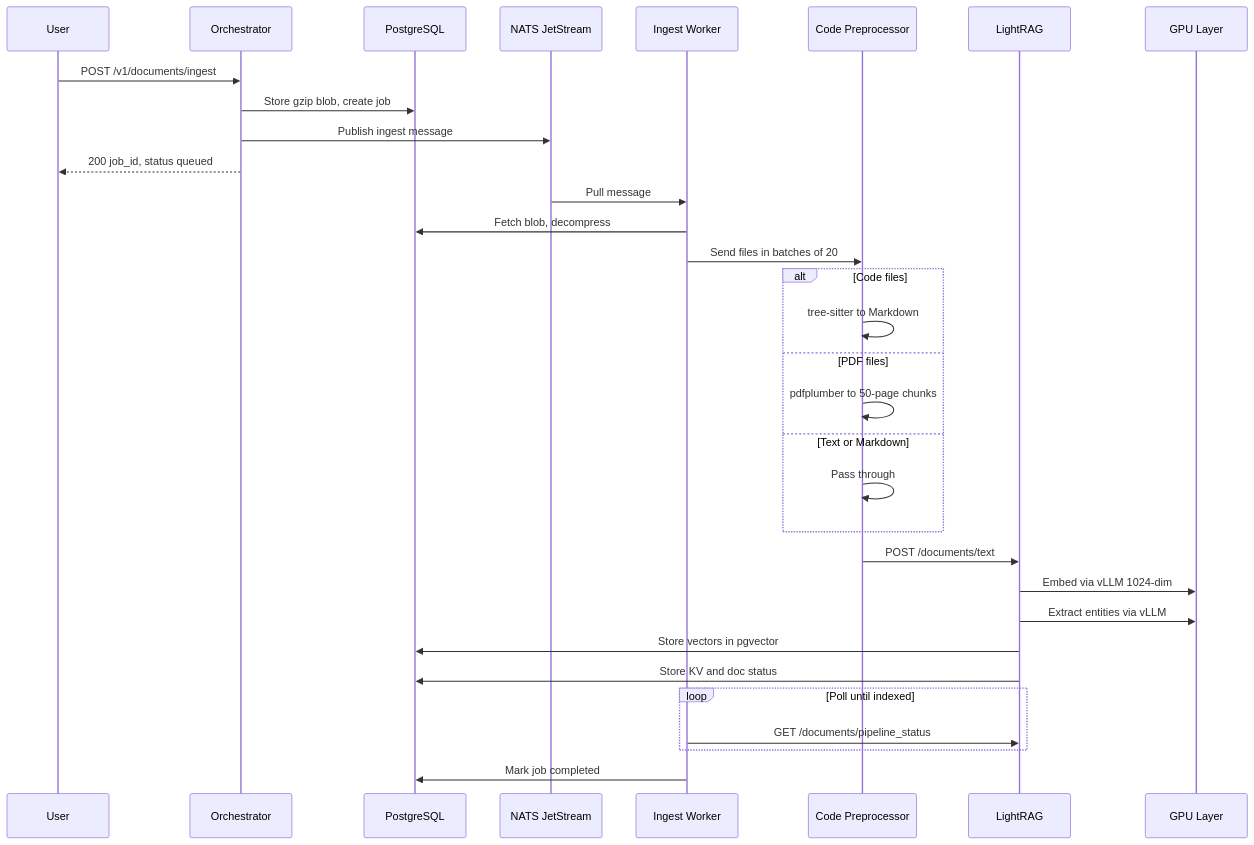
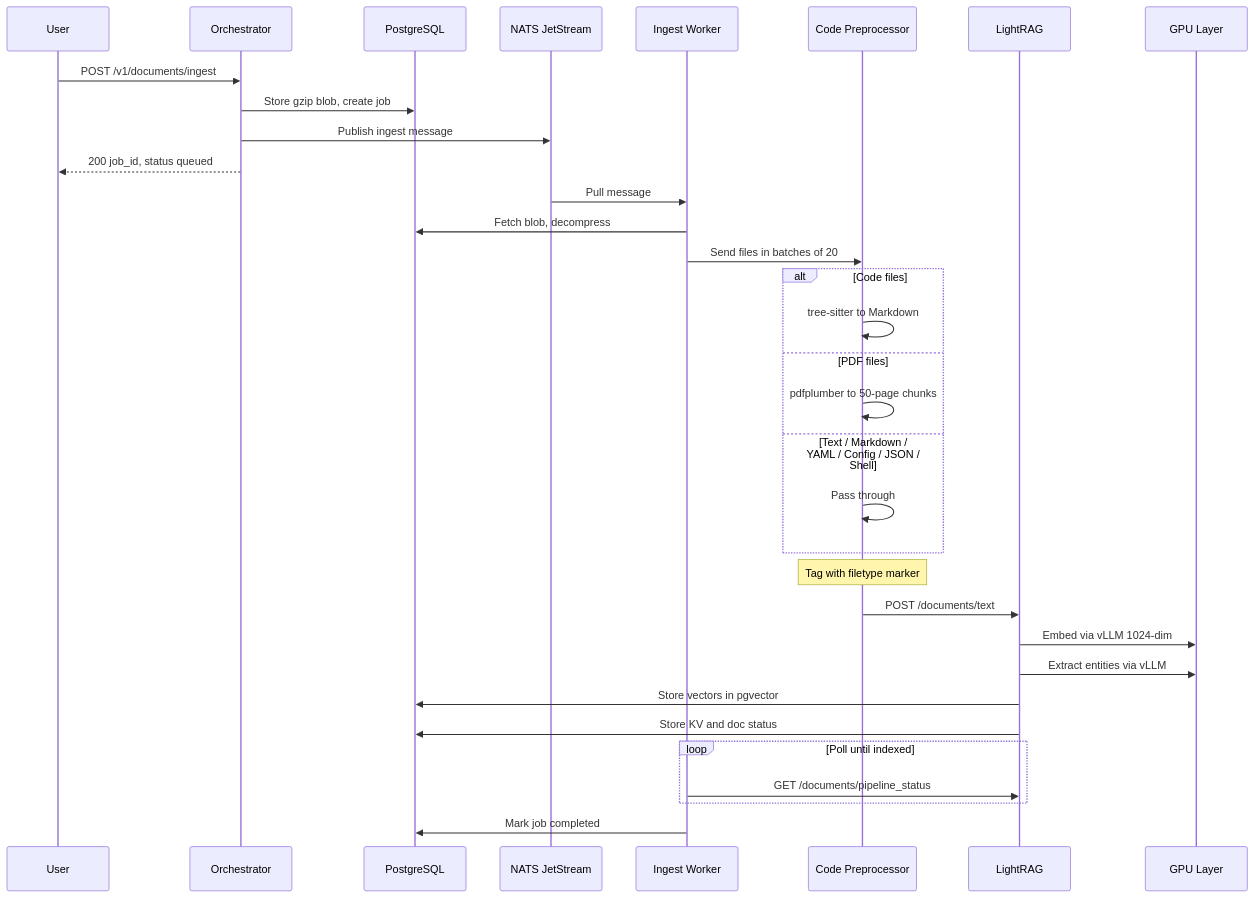
Before and after one commit to blik616287/roadrunner: the second of 3 diagrams in README.md, drawn with Mermaid. The commit also changed other lines of this file, not shown here.

````diff
--- a/README.md
+++ b/README.md
@@ -235,40 +263,42 @@
 ```mermaid
 sequenceDiagram
     participant U as User
     participant O as Orchestrator
     participant PG as PostgreSQL
     participant NQ as NATS JetStream
     participant IW as Ingest Worker
     participant CP as Code Preprocessor
     participant LR as LightRAG
     participant GPU as GPU Layer
 
     U->>O: POST /v1/documents/ingest
     O->>PG: Store gzip blob, create job
     O->>NQ: Publish ingest message
     O-->>U: 200 job_id, status queued
 
     NQ->>IW: Pull message
     IW->>PG: Fetch blob, decompress
     IW->>CP: Send files in batches of 20
 
     alt Code files
         CP->>CP: tree-sitter to Markdown
     else PDF files
         CP->>CP: pdfplumber to 50-page chunks
-    else Text or Markdown
+    else Text / Markdown / YAML / Config / JSON / Shell
         CP->>CP: Pass through
     end
+
+    Note over CP: Tag with filetype marker
 
     CP->>LR: POST /documents/text
     LR->>GPU: Embed via vLLM 1024-dim
     LR->>GPU: Extract entities via vLLM
     LR->>PG: Store vectors in pgvector
     LR->>PG: Store KV and doc status
 
     loop Poll until indexed
         IW->>LR: GET /documents/pipeline_status
     end
 
     IW->>PG: Mark job completed
 ```
````
